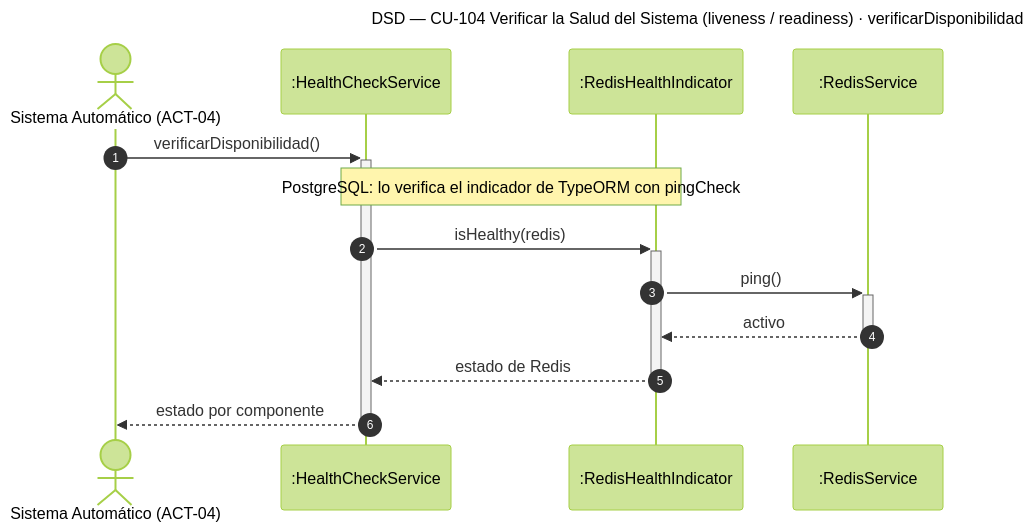
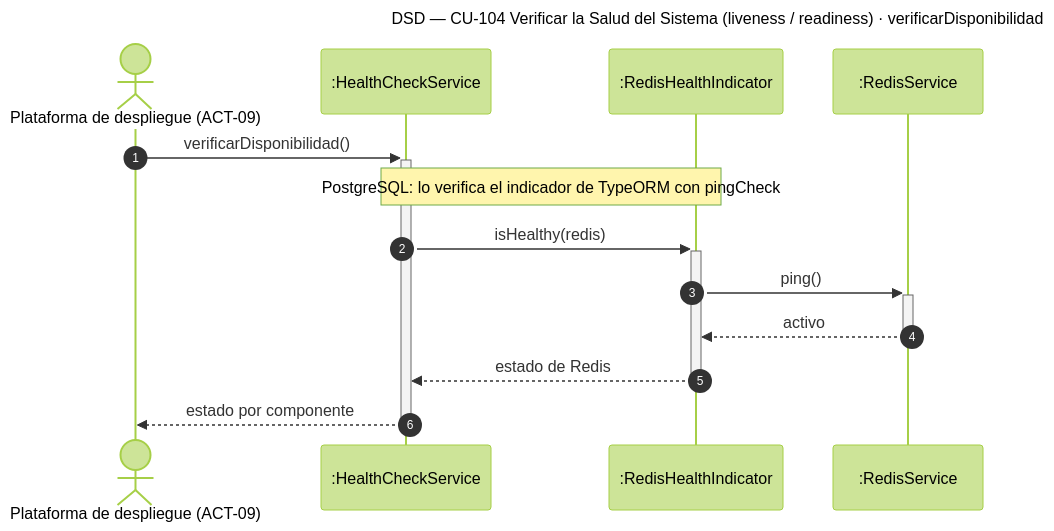
Before and after one commit to Nahuelito-Dev/splg-docs: the diagram in diagramas/DSD_CU-104_verificarDisponibilidad.mmd, drawn with Mermaid (forest theme). The commit also changed 263 other files, not shown here.

```diff
--- a/diagramas/DSD_CU-104_verificarDisponibilidad.mmd
+++ b/diagramas/DSD_CU-104_verificarDisponibilidad.mmd
@@ -1,15 +1,15 @@
 sequenceDiagram
     title DSD — CU-104 Verificar la Salud del Sistema (liveness / readiness) · verificarDisponibilidad
     autonumber
-    actor SIS as Sistema Automático (ACT-04)
+    actor SIS as Plataforma de despliegue (ACT-09)
     participant HCS as :HealthCheckService
     participant RDH as :RedisHealthIndicator
     participant RDS as :RedisService
 
     SIS->>+HCS: verificarDisponibilidad()
     Note over HCS,RDH: PostgreSQL: lo verifica el indicador de TypeORM con pingCheck
     HCS->>+RDH: isHealthy(redis)
     RDH->>+RDS: ping()
     RDS-->>-RDH: activo
     RDH-->>-HCS: estado de Redis
     HCS-->>-SIS: estado por componente
```
